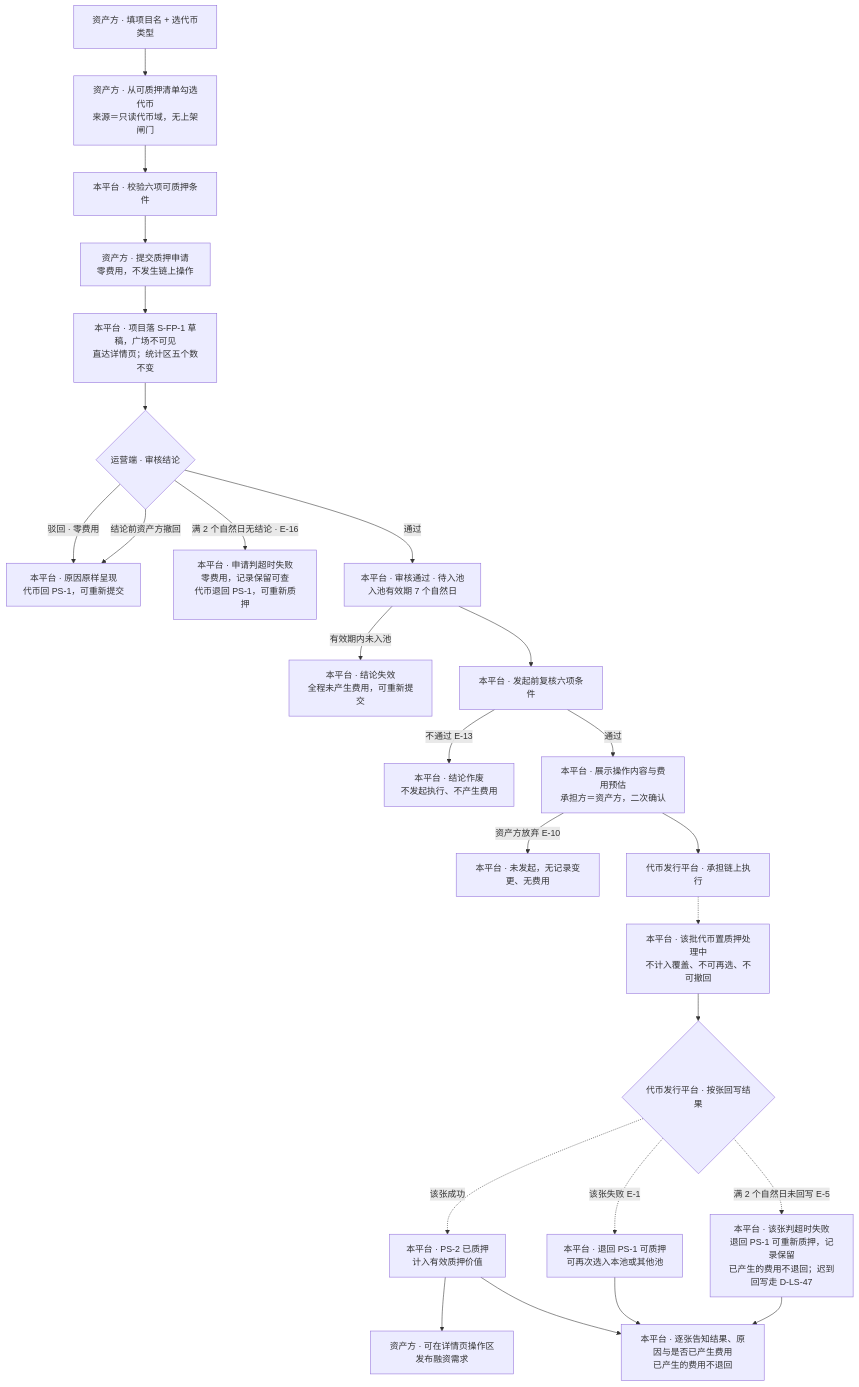
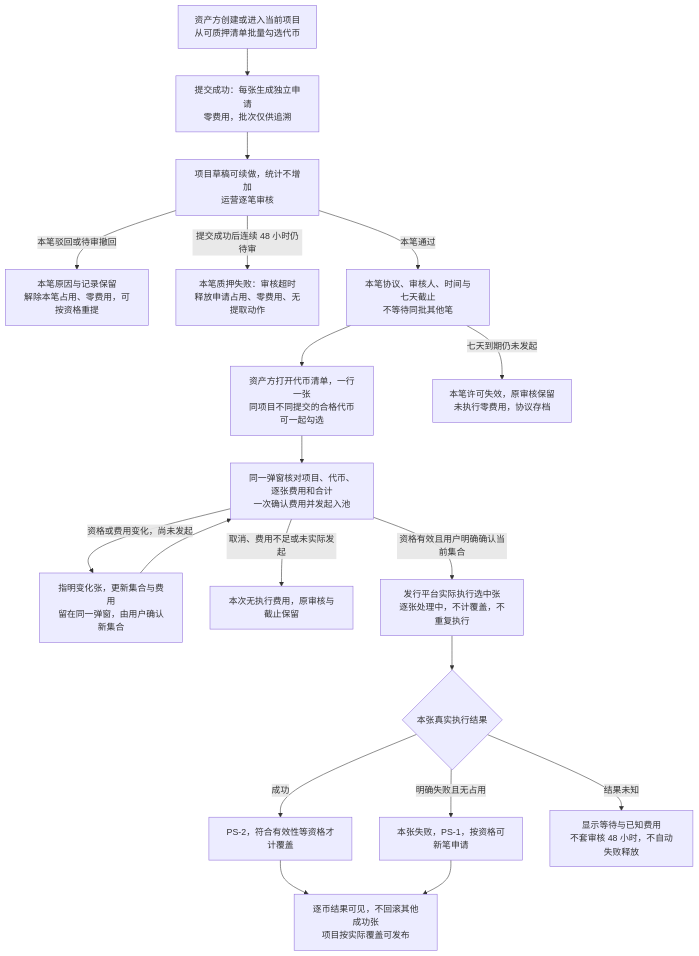
One commit to wxblockchain/Chain-Financing changed the first of 9 diagrams in lending-platform/PRD/v1.0-借贷广场-融资需求与代币质押/v1.0-借贷广场-融资需求与代币质押-流程图与状态机.md. Above: the diagram before and after it, drawn with Mermaid. The commit also changed other lines of this file and 5 other files, not shown here.

````diff
--- a/lending-platform/PRD/v1.0-借贷广场-融资需求与代币质押/v1.0-借贷广场-融资需求与代币质押-流程图与状态机.md
+++ b/lending-platform/PRD/v1.0-借贷广场-融资需求与代币质押/v1.0-借贷广场-融资需求与代币质押-流程图与状态机.md
@@ -29,27 +29,21 @@
 ```mermaid
 flowchart TD
-  A["资产方 · 填项目名 + 选代币类型"] --> B["资产方 · 从可质押清单勾选代币<br/>来源＝只读代币域，无上架闸门"]
-  B --> C["本平台 · 校验六项可质押条件"]
-  C --> D["资产方 · 提交质押申请<br/>零费用，不发生链上操作"]
-  D --> E["本平台 · 项目落 S-FP-1 草稿，广场不可见<br/>直达详情页；统计区五个数不变"]
-  E --> F{"运营端 · 审核结论"}
-  F -- "驳回 · 零费用" --> G["本平台 · 原因原样呈现<br/>代币回 PS-1，可重新提交"]
-  F -- "结论前资产方撤回" --> G
-  F -- "满 2 个自然日无结论 · E-16" --> G2["本平台 · 申请判超时失败<br/>零费用，记录保留可查<br/>代币退回 PS-1，可重新质押"]
-  F -- "通过" --> H["本平台 · 审核通过 · 待入池<br/>入池有效期 7 个自然日"]
-  H -- "有效期内未入池" --> I["本平台 · 结论失效<br/>全程未产生费用，可重新提交"]
-  H --> J["本平台 · 发起前复核六项条件"]
-  J -- "不通过 E-13" --> K["本平台 · 结论作废<br/>不发起执行、不产生费用"]
-  J -- "通过" --> L["本平台 · 展示操作内容与费用预估<br/>承担方＝资产方，二次确认"]
-  L -- "资产方放弃 E-10" --> M["本平台 · 未发起，无记录变更、无费用"]
-  L --> N["代币发行平台 · 承担链上执行"]
-  N -.-> O["本平台 · 该批代币置质押处理中<br/>不计入覆盖、不可再选、不可撤回"]
-  O --> P{"代币发行平台 · 按张回写结果"}
-  P -. "该张成功" .-> Q["本平台 · PS-2 已质押<br/>计入有效质押价值"]
-  P -. "该张失败 E-1" .-> R["本平台 · 退回 PS-1 可质押<br/>可再次选入本池或其他池"]
-  P -. "满 2 个自然日未回写 E-5" .-> S["本平台 · 该张判超时失败<br/>退回 PS-1 可重新质押，记录保留<br/>已产生的费用不退回；迟到回写走 D-LS-47"]
-  Q --> T["资产方 · 可在详情页操作区发布融资需求"]
-  R --> U["本平台 · 逐张告知结果、原因与是否已产生费用<br/>已产生的费用不退回"]
-  S --> U
-  Q --> U
+  A["资产方创建或进入当前项目<br/>从可质押清单批量勾选代币"] --> B["提交成功：每张生成独立申请<br/>零费用，批次仅供追溯"]
+  B --> C["项目草稿可续做，统计不增加<br/>运营逐笔审核"]
+  C -- "本笔驳回或待审撤回" --> D["本笔原因与记录保留<br/>解除本笔占用、零费用，可按资格重提"]
+  C -- "提交成功后连续 48 小时仍待审" --> E["本笔质押失败：审核超时<br/>释放申请占用、零费用、无提取动作"]
+  C -- "本笔通过" --> F["本笔协议、审核人、时间与七天截止<br/>不等待同批其他笔"]
+  F --> G["资产方打开代币清单，一行一张<br/>同项目不同提交的合格代币可一起勾选"]
+  G --> H["同一弹窗核对项目、代币、逐张费用和合计<br/>一次确认费用并发起入池"]
+  H -- "资格或费用变化，尚未发起" --> I["指明变化张，更新集合与费用<br/>留在同一弹窗，由用户确认新集合"]
+  I --> H
+  H -- "取消、费用不足或未实际发起" --> J["本次无执行费用，原审核与截止保留"]
+  H -- "资格有效且用户明确确认当前集合" --> K["发行平台实际执行选中张<br/>逐张处理中，不计覆盖，不重复执行"]
+  K --> L{"本张真实执行结果"}
+  L -- "成功" --> M["PS-2，符合有效性等资格才计覆盖"]
+  L -- "明确失败且无占用" --> N["本张失败，PS-1，按资格可新笔申请"]
+  L -- "结果未知" --> O["显示等待与已知费用<br/>不套审核 48 小时，不自动失败释放"]
+  F -- "七天到期仍未发起" --> P["本笔许可失效，原审核保留<br/>未执行零费用，协议存档"]
+  M --> Q["逐币结果可见，不回滚其他成功张<br/>项目按实际覆盖可发布"]
+  N --> Q
 ```
````
